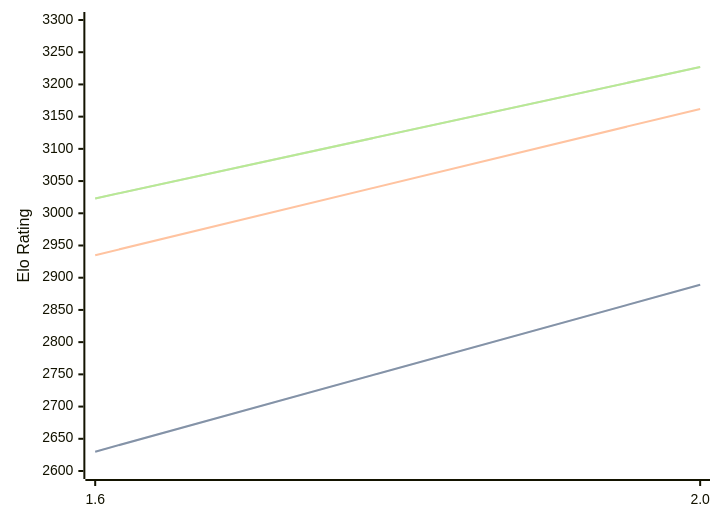
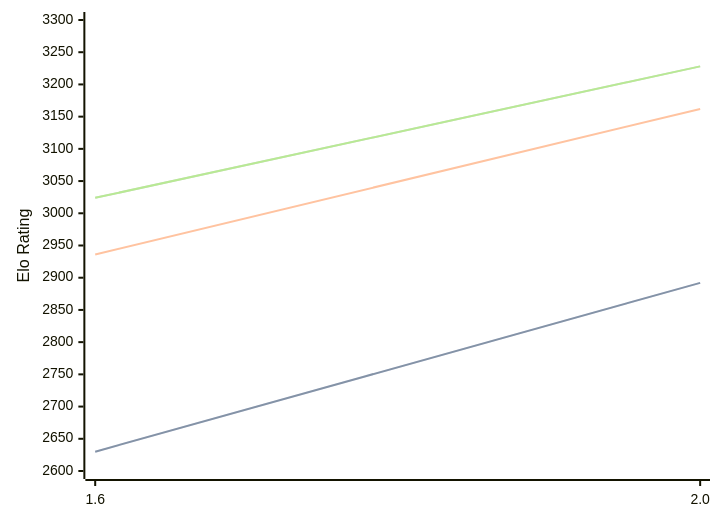
The diagram in engines/Onyx.md (computer-chess-index/cci), drawn with Mermaid before and after one commit. The commit also changed other lines of this file, not shown here.

Commit message:
Update CCI Ratings (ELO VLTC) - 2026-09-14

````diff
--- a/engines/Onyx.md
+++ b/engines/Onyx.md
@@ -32,11 +32,11 @@
 ```mermaid
 %%{init: {"theme":"base","themeVariables":{"seriesColors:['#a3a3a3','#222221','#faa371']}}}%%
 xychart-beta
   x-axis ["1.6", "2.0"]
   y-axis "Elo Rating" 2600 --> 3300
-  line "" [2630, 2889]
-  line "STC (8.0+0.08s)" [2630, 2889]
-  line "LTC (60.0+0.60s)" [2935, 3162]
-  line "" [3023, 3227]
-  line "VLTC (2m24s+1.12s)" [3023, 3227]
+  line "" [2630, 2892]
+  line "STC (8.0+0.08s)" [2630, 2892]
+  line "LTC (60.0+0.60s)" [2936, 3162]
+  line "" [3024, 3228]
+  line "VLTC (2m24s+1.12s)" [3024, 3228]
 ```
````
